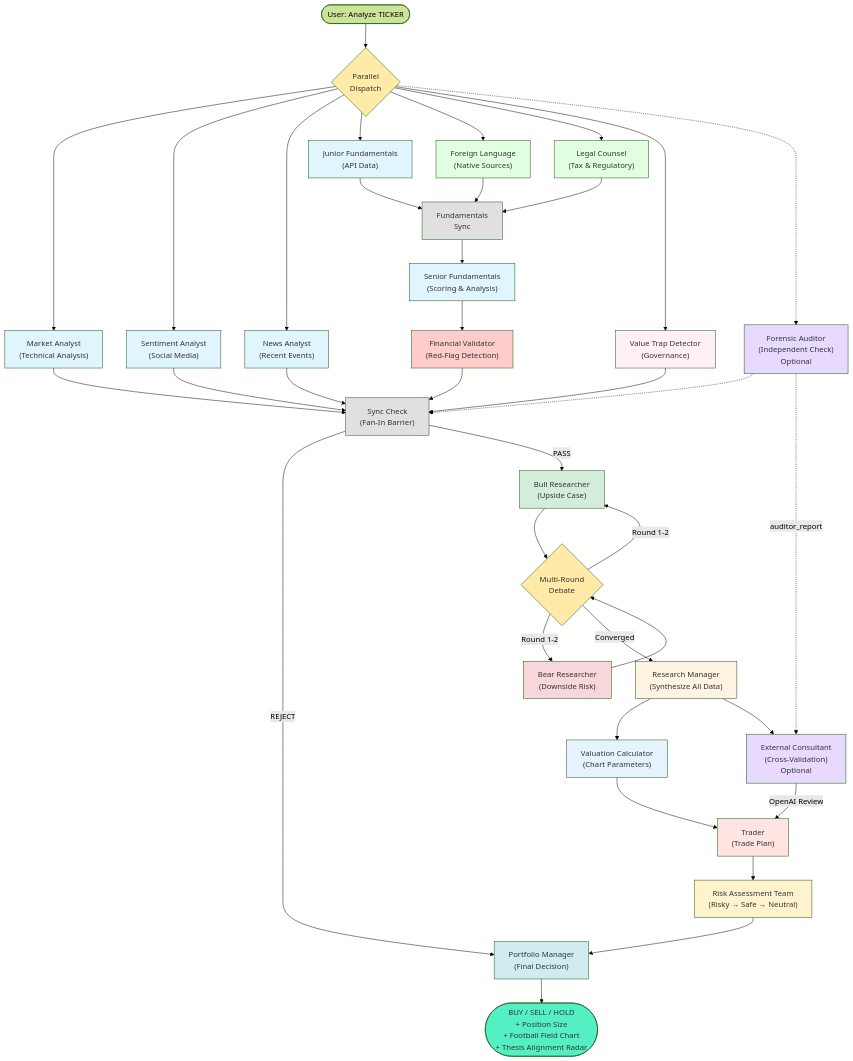
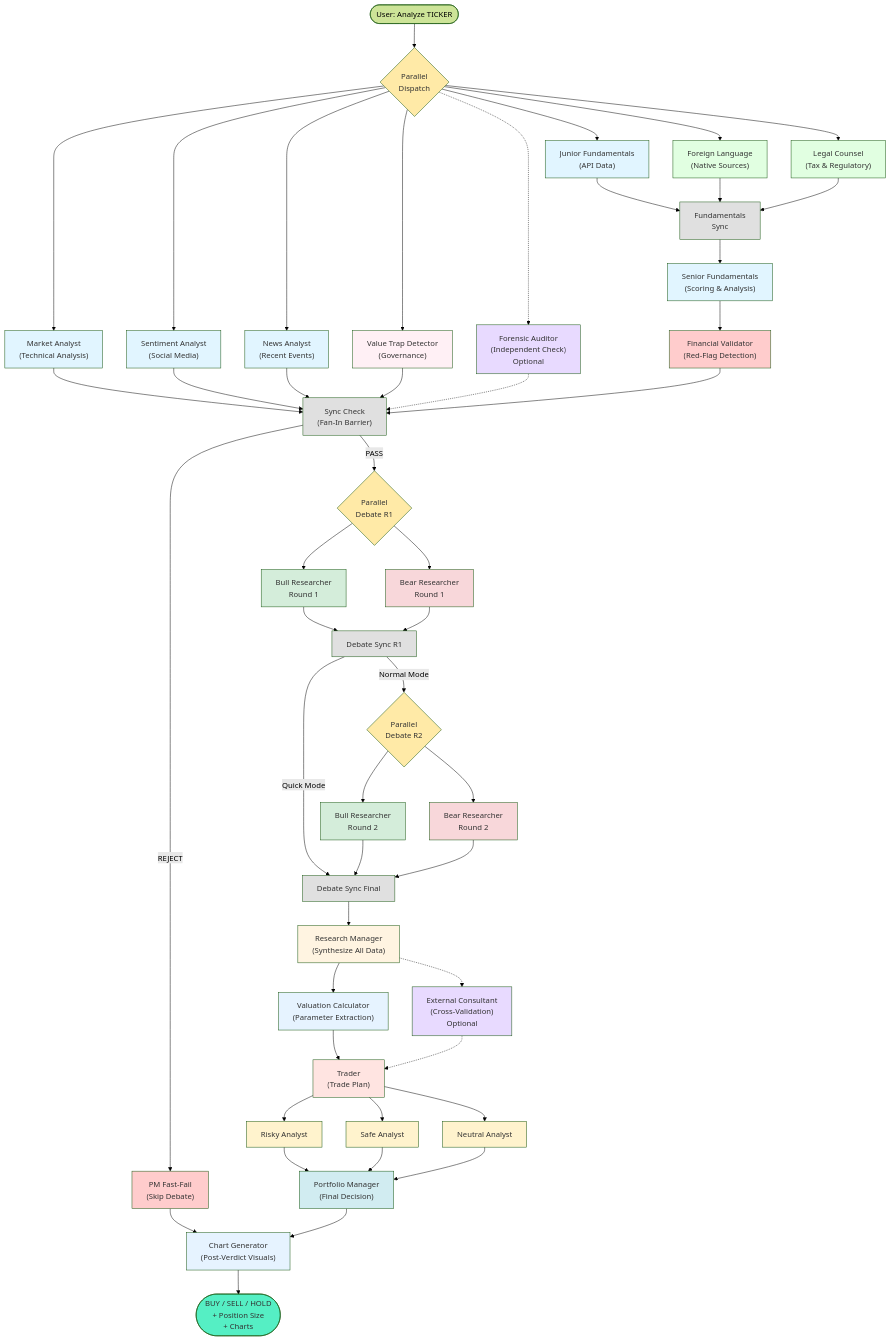
One commit to rgoerwit/ai-investment-agent changed the diagram in README.md. Above: the diagram before and after it, drawn with Mermaid (forest theme). The commit also changed other lines of this file and 48 other files, not shown here.

First line of the commit message:
Feature create charts later (#48)

````diff
--- a/README.md
+++ b/README.md
@@ -42,6 +42,6 @@
 ```mermaid
 graph TB
-    Start([User: Analyze TICKER]) --> Dispatcher{Parallel<br/>Dispatch}
+    Start(["User: Analyze TICKER"]) --> Dispatcher{"Parallel<br/>Dispatch"}
 
     %% Parallel Fan-Out: 7 branches run simultaneously (+ optional Auditor)
     Dispatcher --> MarketAnalyst["Market Analyst<br/>(Technical Analysis)"]
@@ -68,31 +68,50 @@
     SeniorFund --> Validator["Financial Validator<br/>(Red-Flag Detection)"]
     Validator --> SyncCheck
 
-    %% After all branches complete
-    SyncCheck -->|REJECT| PortfolioManager["Portfolio Manager<br/>(Final Decision)"]
-    SyncCheck -->|PASS| BullResearcher["Bull Researcher<br/>(Upside Case)"]
+    %% After all branches complete - routing based on pre-screening
+    SyncCheck -->|"REJECT"| PMFastFail["PM Fast-Fail<br/>(Skip Debate)"]
+    SyncCheck -->|"PASS"| DebateR1{"Parallel<br/>Debate R1"}
 
-    BullResearcher --> Debate{Multi-Round<br/>Debate}
-    BearResearcher["Bear Researcher<br/>(Downside Risk)"] --> Debate
+    %% Bull/Bear Debate - Round 1 (parallel)
+    DebateR1 --> BullR1["Bull Researcher<br/>Round 1"]
+    DebateR1 --> BearR1["Bear Researcher<br/>Round 1"]
+    BullR1 --> DebateSyncR1["Debate Sync R1"]
+    BearR1 --> DebateSyncR1
 
-    Debate -->|Round 1-2| BullResearcher
-    Debate -->|Round 1-2| BearResearcher
-    Debate -->|Converged| ResearchManager["Research Manager<br/>(Synthesize All Data)"]
+    %% Round 2 (if normal mode) or skip to final
+    DebateSyncR1 -->|"Normal Mode"| DebateR2{"Parallel<br/>Debate R2"}
+    DebateSyncR1 -->|"Quick Mode"| DebateSyncFinal["Debate Sync Final"]
 
-    %% Post-Research Manager: Valuation Calculator and Consultant run in parallel
-    ResearchManager --> ValuationCalc["Valuation Calculator<br/>(Chart Parameters)"]
-    ResearchManager --> Consultant["External Consultant<br/>(Cross-Validation)<br/>Optional"]
-    Auditor -.->|auditor_report| Consultant
+    DebateR2 --> BullR2["Bull Researcher<br/>Round 2"]
+    DebateR2 --> BearR2["Bear Researcher<br/>Round 2"]
+    BullR2 --> DebateSyncFinal
+    BearR2 --> DebateSyncFinal
+
+    DebateSyncFinal --> ResearchManager["Research Manager<br/>(Synthesize All Data)"]
+
+    %% Post-Research Manager: ValCalc and Consultant run in parallel, BOTH go to Trader
+    ResearchManager --> ValuationCalc["Valuation Calculator<br/>(Parameter Extraction)"]
+    ResearchManager -.-> Consultant["External Consultant<br/>(Cross-Validation)<br/>Optional"]
 
     ValuationCalc --> Trader["Trader<br/>(Trade Plan)"]
-    Consultant -->|OpenAI Review| Trader
+    Consultant -.-> Trader
 
-    Trader --> RiskTeam["Risk Assessment Team<br/>(Risky → Safe → Neutral)"]
+    %% Risk Team (parallel fan-out, converge to PM)
+    Trader --> RiskyAnalyst["Risky Analyst"]
+    Trader --> SafeAnalyst["Safe Analyst"]
+    Trader --> NeutralAnalyst["Neutral Analyst"]
 
-    RiskTeam --> PortfolioManager
+    RiskyAnalyst --> PortfolioManager["Portfolio Manager<br/>(Final Decision)"]
+    SafeAnalyst --> PortfolioManager
+    NeutralAnalyst --> PortfolioManager
 
-    PortfolioManager --> Decision([BUY / SELL / HOLD<br/>+ Position Size<br/>+ Football Field Chart<br/>+ Thesis Alignment Radar])
+    %% Fast-fail path also goes through Chart Generator
+    PMFastFail --> ChartGen["Chart Generator<br/>(Post-Verdict Visuals)"]
+    PortfolioManager --> ChartGen
 
+    ChartGen --> Decision(["BUY / SELL / HOLD<br/>+ Position Size<br/>+ Charts"])
+
+    %% Styling
     style Dispatcher fill:#ffeaa7,color:#333
     style MarketAnalyst fill:#e1f5ff,color:#333
     style NewsAnalyst fill:#e1f5ff,color:#333
@@ -104,16 +123,25 @@
     style SeniorFund fill:#e1f5ff,color:#333
     style Validator fill:#ffcccc,color:#333
     style SyncCheck fill:#e0e0e0,color:#333
+    style DebateR1 fill:#ffeaa7,color:#333
+    style DebateR2 fill:#ffeaa7,color:#333
+    style DebateSyncR1 fill:#e0e0e0,color:#333
+    style DebateSyncFinal fill:#e0e0e0,color:#333
     style ResearchManager fill:#fff4e1,color:#333
-    style BullResearcher fill:#d4edda,color:#333
-    style BearResearcher fill:#f8d7da,color:#333
+    style BullR1 fill:#d4edda,color:#333
+    style BearR1 fill:#f8d7da,color:#333
+    style BullR2 fill:#d4edda,color:#333
+    style BearR2 fill:#f8d7da,color:#333
     style ValuationCalc fill:#e6f3ff,color:#333
     style Consultant fill:#e8daff,color:#333
     style Auditor fill:#e8daff,color:#333
     style ValueTrap fill:#fff0f5,color:#333
     style Trader fill:#ffe4e1,color:#333
-    style RiskTeam fill:#fff3cd,color:#333
+    style RiskyAnalyst fill:#fff3cd,color:#333
+    style SafeAnalyst fill:#fff3cd,color:#333
+    style NeutralAnalyst fill:#fff3cd,color:#333
     style PortfolioManager fill:#d1ecf1,color:#333
-    style Debate fill:#ffeaa7,color:#333
+    style PMFastFail fill:#ffcccc,color:#333
+    style ChartGen fill:#e6f3ff,color:#333
     style Decision fill:#55efc4,color:#333
 ```
````
